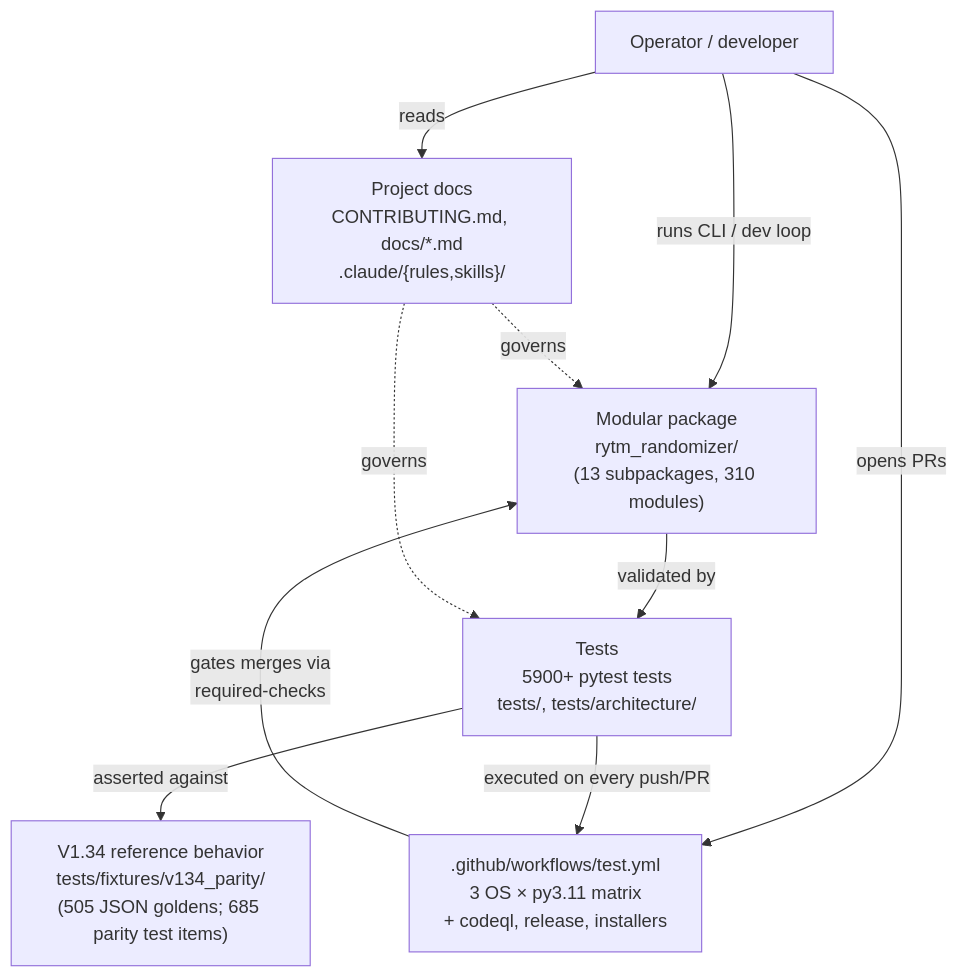
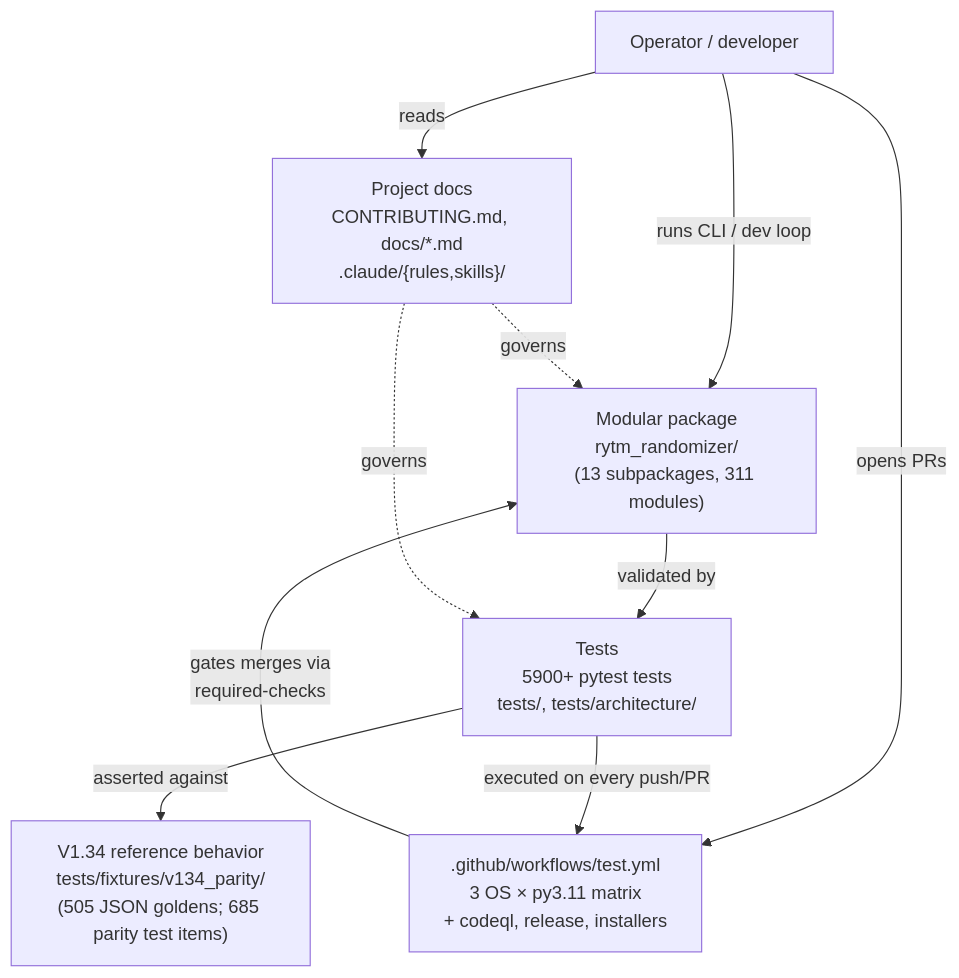
The first of 34 diagrams in docs/ARCHITECTURE_DIAGRAMS.md (buzzijose-hub/RytmRandomizer), drawn with Mermaid before and after one commit. The commit also changed other lines of this file and 6 other files, not shown here.

````diff
--- a/docs/ARCHITECTURE_DIAGRAMS.md
+++ b/docs/ARCHITECTURE_DIAGRAMS.md
@@ -48,22 +48,22 @@
 ```mermaid
 flowchart TB
     User["Operator / developer"]
     V134["V1.34 reference behavior<br/>tests/fixtures/v134_parity/<br/>(505 JSON goldens; 685 parity test items)"]
-    Package["Modular package<br/>rytm_randomizer/<br/>(13 subpackages, 310 modules)"]
+    Package["Modular package<br/>rytm_randomizer/<br/>(13 subpackages, 311 modules)"]
     Tests["Tests<br/>5900+ pytest tests<br/>tests/, tests/architecture/"]
     CI[".github/workflows/test.yml<br/>3 OS × py3.11 matrix<br/>+ codeql, release, installers"]
     Docs["Project docs<br/>CONTRIBUTING.md, docs/*.md<br/>.claude/{rules,skills}/"]
 
     User -->|"runs CLI / dev loop"| Package
     User -->|"opens PRs"| CI
     User -->|"reads"| Docs
 
     Package -->|"validated by"| Tests
     Tests -->|"asserted against"| V134
     Tests -->|"executed on every push/PR"| CI
 
     CI -->|"gates merges via<br/>required-checks"| Package
 
     Docs -.->|"governs"| Package
     Docs -.->|"governs"| Tests
 ```
````
